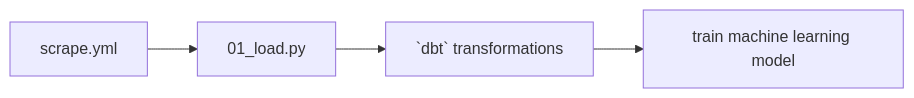
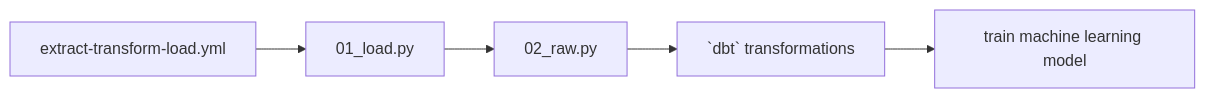
Before and after one commit to namtonthat/powerlifting-ml-progress: the diagram in README.md, drawn with Mermaid. The commit also changed other lines of this file and 6 other files, not shown here.

````diff
--- a/README.md
+++ b/README.md
@@ -20,12 +20,14 @@
 ```mermaid
 graph LR
 
-    A[scrape.yml]
+    A[extract-transform-load.yml]
     B[01_load.py]
-    C[`dbt` transformations]
-    D[train machine learning model]
+    C[02_raw.py]
+    D[`dbt` transformations]
+    E[train machine learning model]
 
     A --> B
     B --> C
     C --> D
+    D --> E
 ```
````
